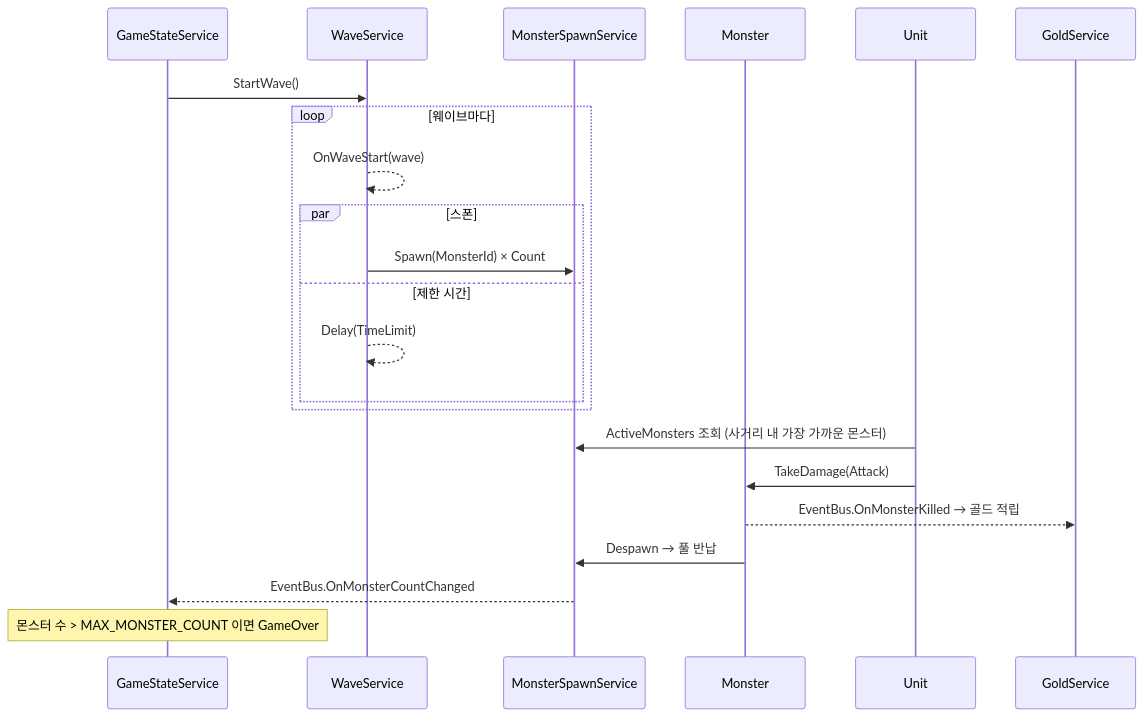
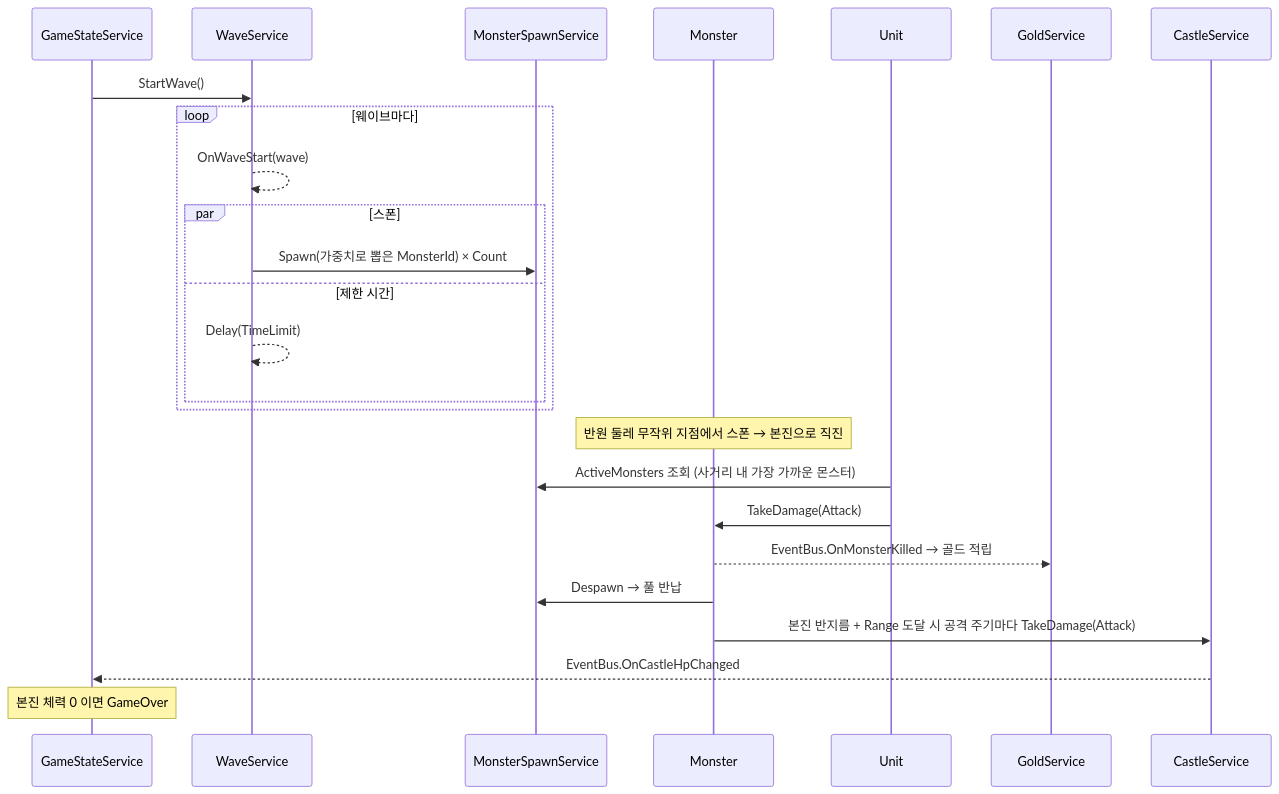
The fourth of 4 diagrams in Docs/Design/02_클라이언트_아키텍처.md (UihwanLee/CasualGameProject), drawn with Mermaid before and after one commit. The commit also changed other lines of this file and 2 other files, not shown here.

````diff
--- a/Docs/Design/02_클라이언트_아키텍처.md
+++ b/Docs/Design/02_클라이언트_아키텍처.md
@@ -190,25 +207,28 @@
 ```mermaid
 sequenceDiagram
     participant GS as GameStateService
     participant WS as WaveService
     participant MS as MonsterSpawnService
     participant M as Monster
     participant U as Unit
     participant Gold as GoldService
+    participant C as CastleService
 
     GS->>WS: StartWave()
     loop 웨이브마다
         WS-->>WS: OnWaveStart(wave)
         par 스폰
-            WS->>MS: Spawn(MonsterId) × Count
+            WS->>MS: Spawn(가중치로 뽑은 MonsterId) × Count
         and 제한 시간
             WS-->>WS: Delay(TimeLimit)
         end
     end
+    Note over M: 반원 둘레 무작위 지점에서 스폰 → 본진으로 직진
     U->>MS: ActiveMonsters 조회 (사거리 내 가장 가까운 몬스터)
     U->>M: TakeDamage(Attack)
     M-->>Gold: EventBus.OnMonsterKilled → 골드 적립
     M->>MS: Despawn → 풀 반납
-    MS-->>GS: EventBus.OnMonsterCountChanged
-    Note over GS: 몬스터 수 > MAX_MONSTER_COUNT 이면 GameOver
+    M->>C: 본진 반지름 + Range 도달 시 공격 주기마다 TakeDamage(Attack)
+    C-->>GS: EventBus.OnCastleHpChanged
+    Note over GS: 본진 체력 0 이면 GameOver
 ```
````
